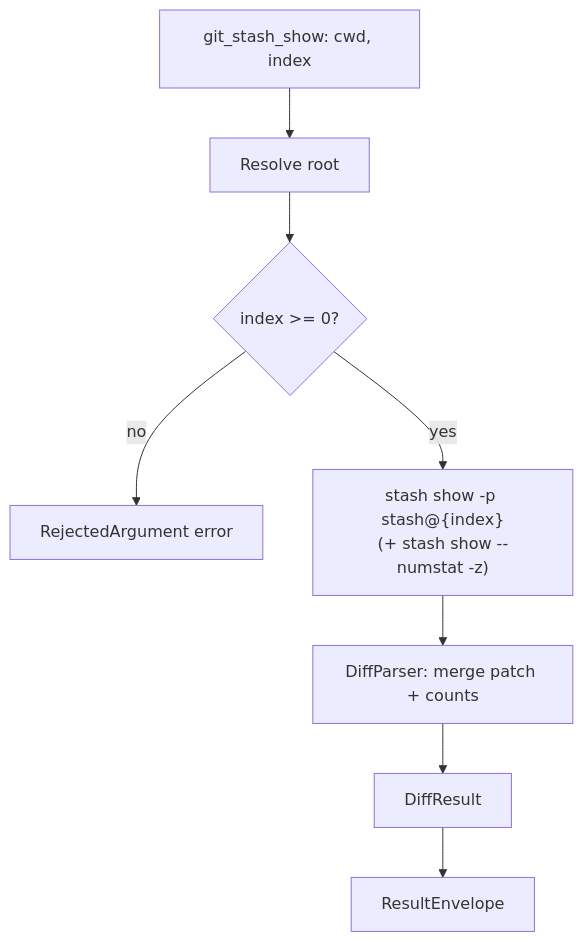
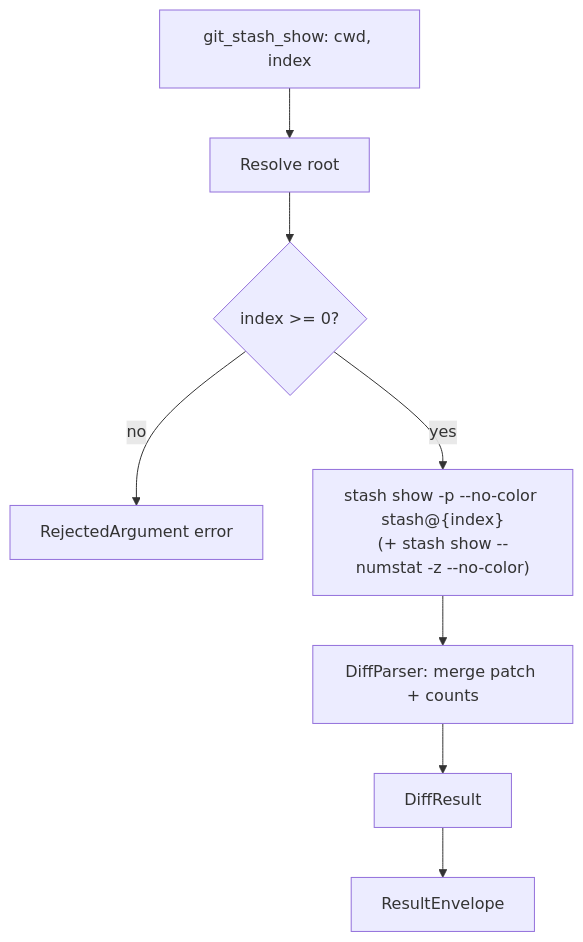
One commit to brenordv/mcp-toolset changed diagram 13 of 14 in src/RaccoonNinja.McpToolset.Server.GitOps/README.md. Above: the diagram before and after it, drawn with Mermaid. The commit also changed other lines of this file and 9 other files, not shown here.

First line of the commit message:
Add `--no-color` to `git_diff`, `git_show`, and `git_stash_show` to fix parsing issues with colored patches.

````diff
--- a/src/RaccoonNinja.McpToolset.Server.GitOps/README.md
+++ b/src/RaccoonNinja.McpToolset.Server.GitOps/README.md
@@ -418,10 +423,10 @@
 ```mermaid
 flowchart TD
     A["git_stash_show: cwd, index"] --> B[Resolve root]
     B --> C{index >= 0?}
     C -- no --> D[RejectedArgument error]
-    C -- yes --> E["stash show -p stash@{index}<br/>(+ stash show --numstat -z)"]
+    C -- yes --> E["stash show -p --no-color stash@{index}<br/>(+ stash show --numstat -z --no-color)"]
     E --> F[DiffParser: merge patch + counts]
     F --> G[DiffResult]
     G --> H[ResultEnvelope]
 ```
````
